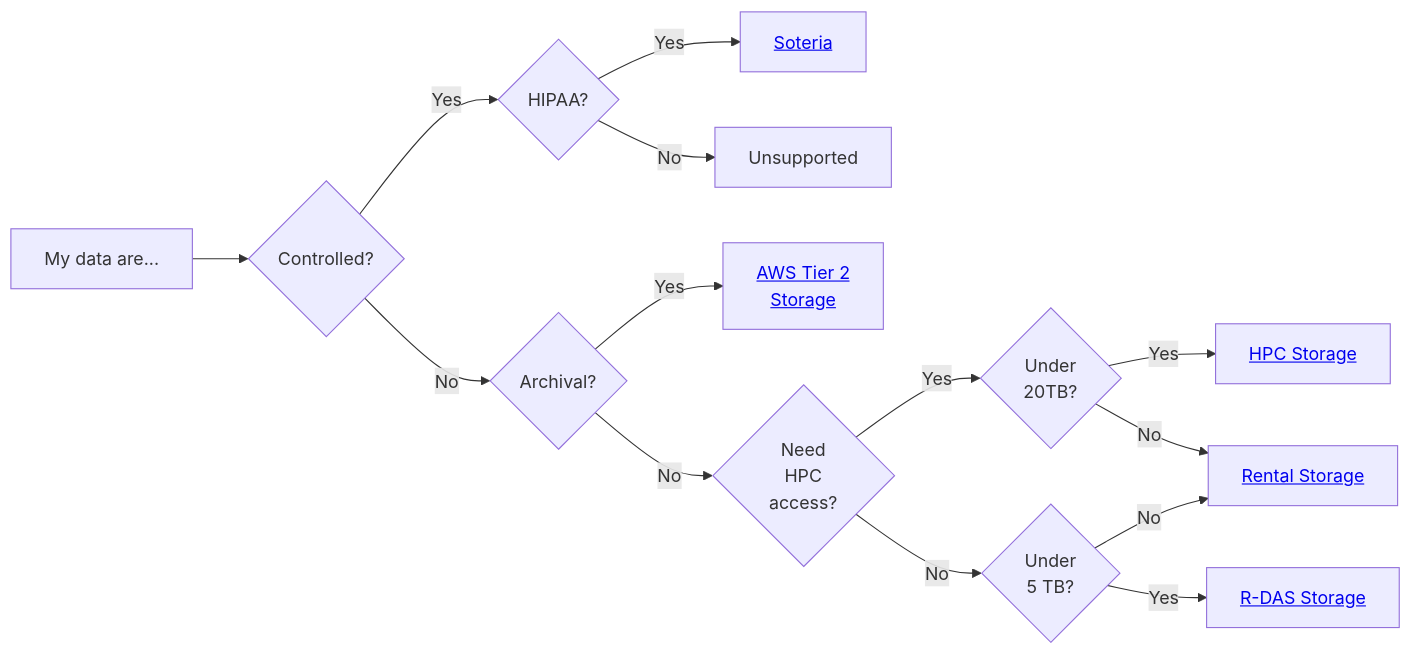
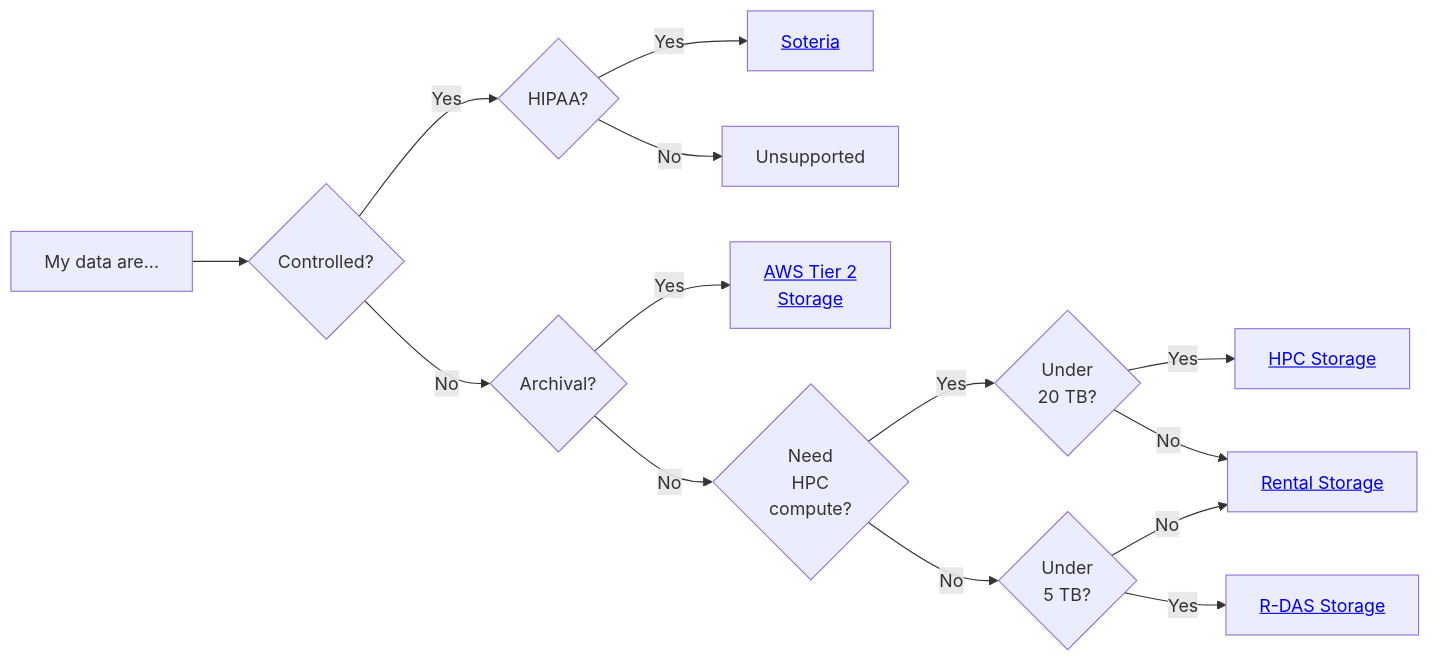
The diagram in docs/storage_and_transfers/storage/overview/index.md (SaraMWillis/example-docs), drawn with Mermaid before and after one commit. The commit also changed other lines of this file and 143 other files, not shown here.

````diff
--- a/docs/storage_and_transfers/storage/overview/index.md
+++ b/docs/storage_and_transfers/storage/overview/index.md
@@ -16,16 +16,16 @@
 ``` mermaid
 graph LR
   A[My data are...] --> B{Controlled?}
   B-->|Yes| C{HIPAA?};
   C-->|Yes| D[<a href="../../../resources/secure_hpc/overview/">Soteria</a>];
   C-->|No| E[Unsupported];
   B-->|No| F{Archival?}
   F-->|Yes| G[<a href="../../storage/tier2_storage/">AWS Tier 2<br>Storage</a>]
-  F-->|No| H{Need<br>HPC<br>access?}
-  H-->|Yes| I{Under<br>20TB?}
+  F-->|No| H{Need<br>HPC<br>compute?}
+  H-->|Yes| I{Under<br>20 TB?}
   I-->|Yes| J[<a href="../../storage/hpc_storage/">HPC Storage</a>]
   I-->|No| K[<a href="../../storage/rental_storage/">Rental Storage</a>]
   H-->|No| L{Under<br>5 TB?}
   L-->|No| K
   L-->|Yes| M[<a href="../../storage/rdas_storage/">R-DAS Storage</a>]
 ```
````
